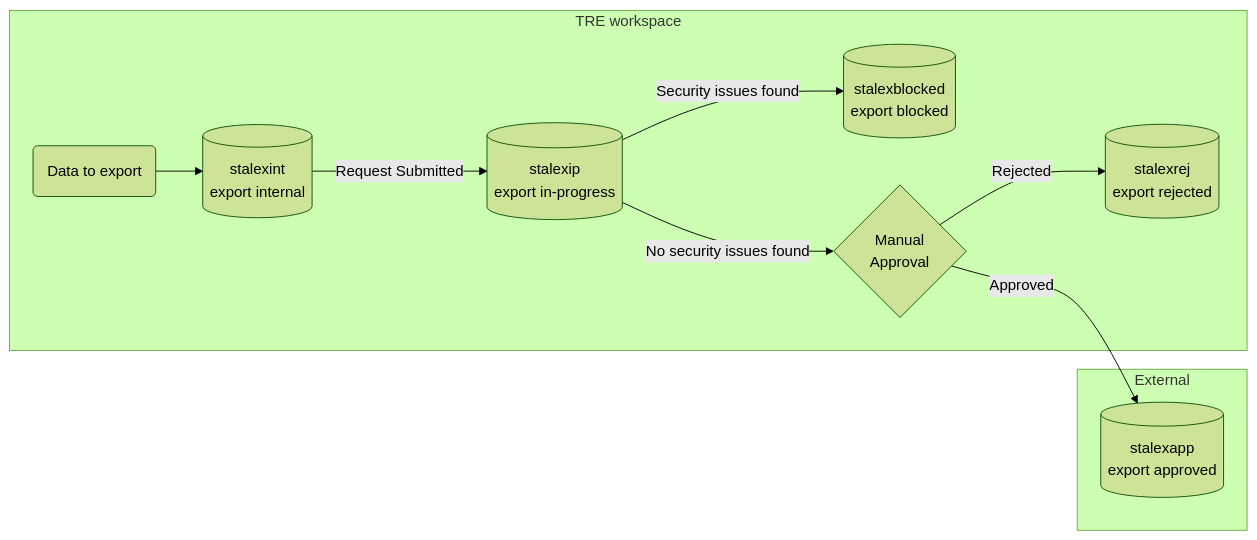
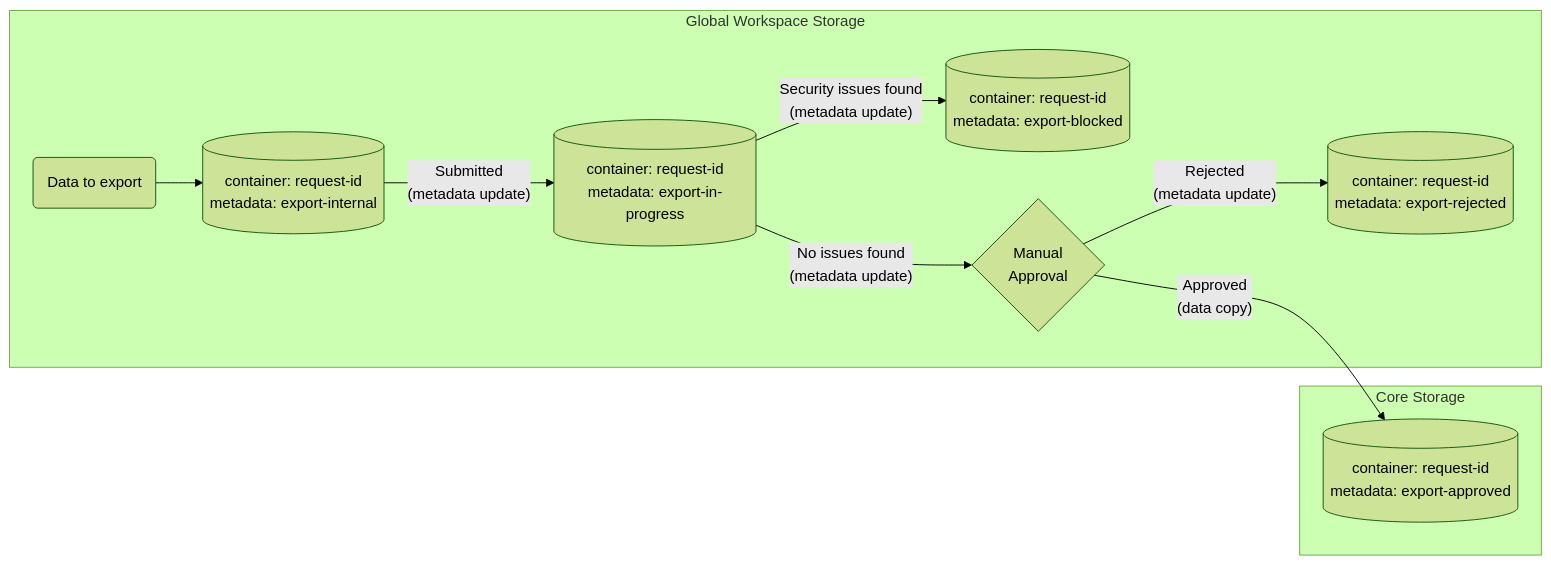
Before and after one commit to microsoft/AzureTRE: the third of 4 diagrams in docs/azure-tre-overview/airlock.md, drawn with Mermaid (forest theme). The commit also changed other lines of this file and 3 other files, not shown here.

````diff
--- a/docs/azure-tre-overview/airlock.md
+++ b/docs/azure-tre-overview/airlock.md
@@ -169,13 +180,13 @@
 ```mermaid
 graph LR
-  subgraph TRE workspace
+  subgraph Global Workspace Storage
   data(Data to export)-->A
-  A[(stalexint</br>export internal)]-->|Request Submitted| B
-  B[(stalexip</br>export in-progress)]-->|Security issues found| D[(stalexblocked</br>export blocked)] 
-  B-->|No security issues found| review{Manual</br>Approval} 
-  review-->|Rejected| C[(stalexrej</br>export rejected)]
+  A[(container: request-id</br>metadata: export-internal)]-->|"Submitted</br>(metadata update)"| B
+  B[(container: request-id</br>metadata: export-in-progress)]-->|"Security issues found</br>(metadata update)"| D[(container: request-id</br>metadata: export-blocked)] 
+  B-->|"No issues found</br>(metadata update)"| review{Manual</br>Approval} 
+  review-->|"Rejected</br>(metadata update)"| C[(container: request-id</br>metadata: export-rejected)]
   end
-  subgraph External
-  review-->|Approved| E[(stalexapp</br>export approved)]
+  subgraph Core Storage
+  review-->|"Approved</br>(data copy)"| E[(container: request-id</br>metadata: export-approved)]
   end
 ```
````
